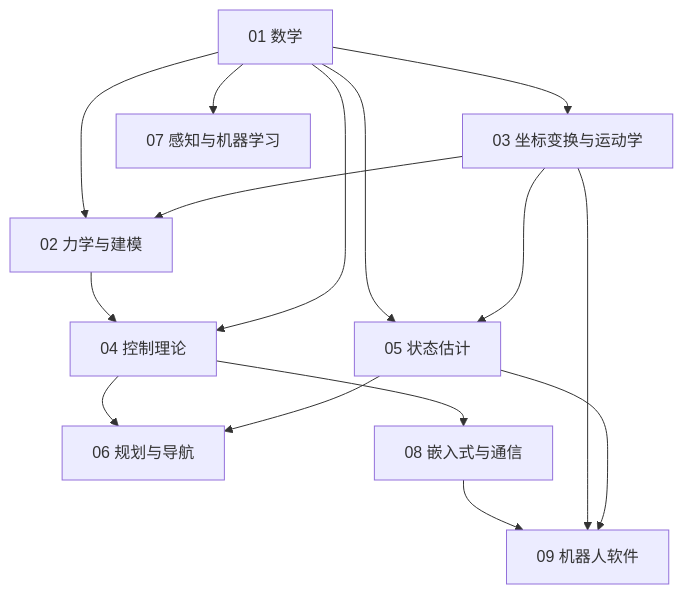
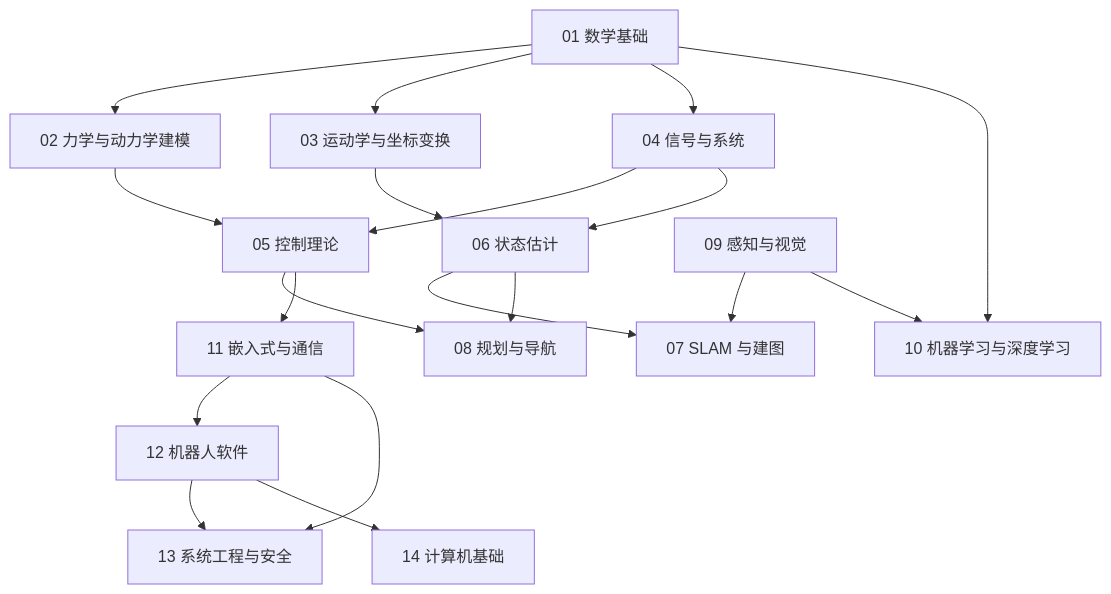
One commit to RJgagaga/27fall changed the diagram in 01_项目学习/02_基础知识/00_总览与学习路线.md. Above: the diagram before and after it, drawn with Mermaid. The commit also changed other lines of this file and 279 other files, not shown here.

````diff
--- a/01_项目学习/02_基础知识/00_总览与学习路线.md
+++ b/01_项目学习/02_基础知识/00_总览与学习路线.md
@@ -45,17 +76,21 @@
 ```mermaid
 flowchart TD
-  M1[01 数学] --> M2[02 力学与建模]
-  M1 --> M3[03 坐标变换与运动学]
-  M2 --> M4[04 控制理论]
-  M3 --> M2
-  M1 --> M4
-  M1 --> M5[05 状态估计]
-  M3 --> M5
-  M4 --> M6[06 规划与导航]
-  M5 --> M6
-  M1 --> M7[07 感知与机器学习]
-  M4 --> M8[08 嵌入式与通信]
-  M8 --> M9[09 机器人软件]
-  M3 --> M9
-  M5 --> M9
+  M1[01 数学基础] --> M2[02 力学与动力学建模]
+  M1 --> M3[03 运动学与坐标变换]
+  M1 --> M4[04 信号与系统]
+  M2 --> M5[05 控制理论]
+  M4 --> M5
+  M3 --> M6[06 状态估计]
+  M4 --> M6
+  M6 --> M7[07 SLAM 与建图]
+  M9[09 感知与视觉] --> M7
+  M5 --> M8[08 规划与导航]
+  M6 --> M8
+  M1 --> M10[10 机器学习与深度学习]
+  M9 --> M10
+  M5 --> M11[11 嵌入式与通信]
+  M11 --> M12[12 机器人软件]
+  M12 --> M13[13 系统工程与安全]
+  M11 --> M13
+  M12 --> M14[14 计算机基础]
 ```
````
